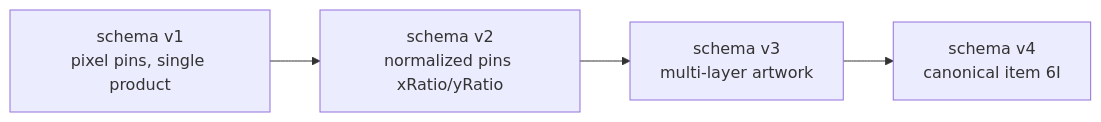
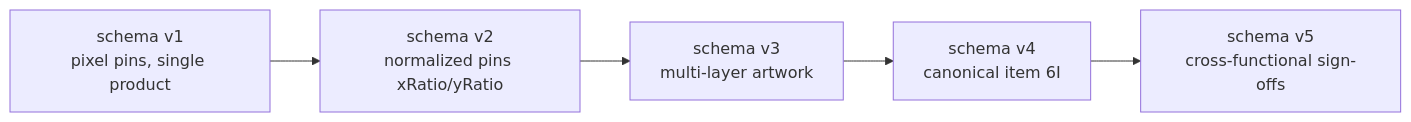
Before and after one commit to samantharissicy/artwork-checklist: the diagram in docs/persistence/migrations.md, drawn with Mermaid. The commit also changed other lines of this file and 43 other files, not shown here.

Commit message:
feat: add cross-functional artwork sign-off

````diff
--- a/docs/persistence/migrations.md
+++ b/docs/persistence/migrations.md
@@ -19,6 +19,7 @@
 ```mermaid
 flowchart LR
   V1[schema v1<br/>pixel pins, single product] --> V2[schema v2<br/>normalized pins xRatio/yRatio]
   V2 --> V3[schema v3<br/>multi-layer artwork]
   V3 --> V4[schema v4<br/>canonical item 6I]
+  V4 --> V5[schema v5<br/>cross-functional sign-offs]
 ```
````
